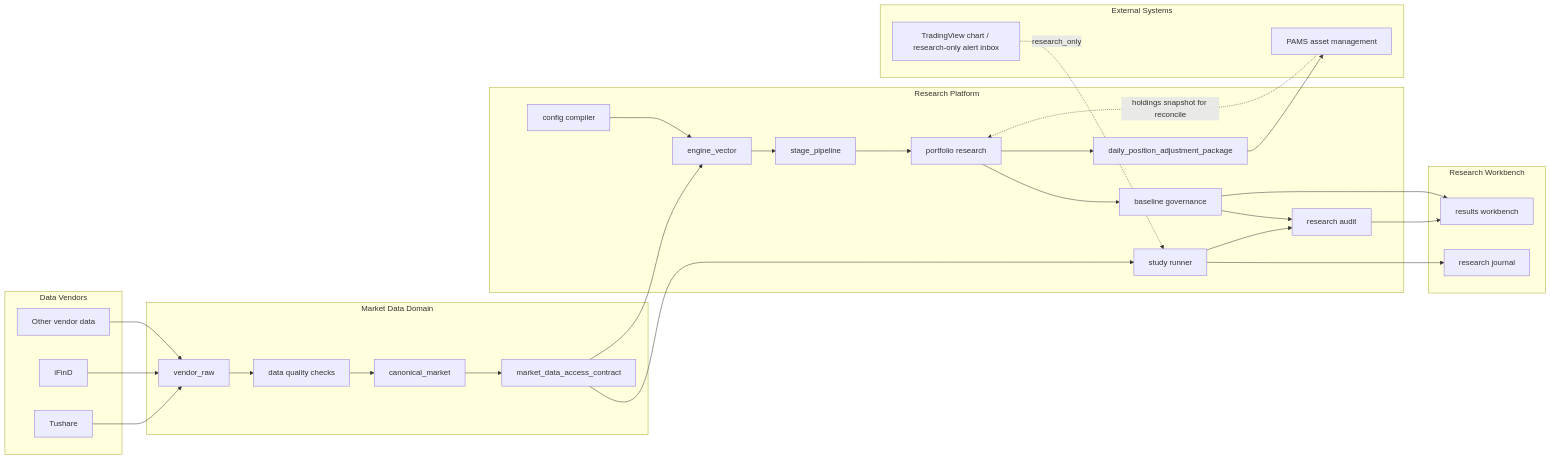
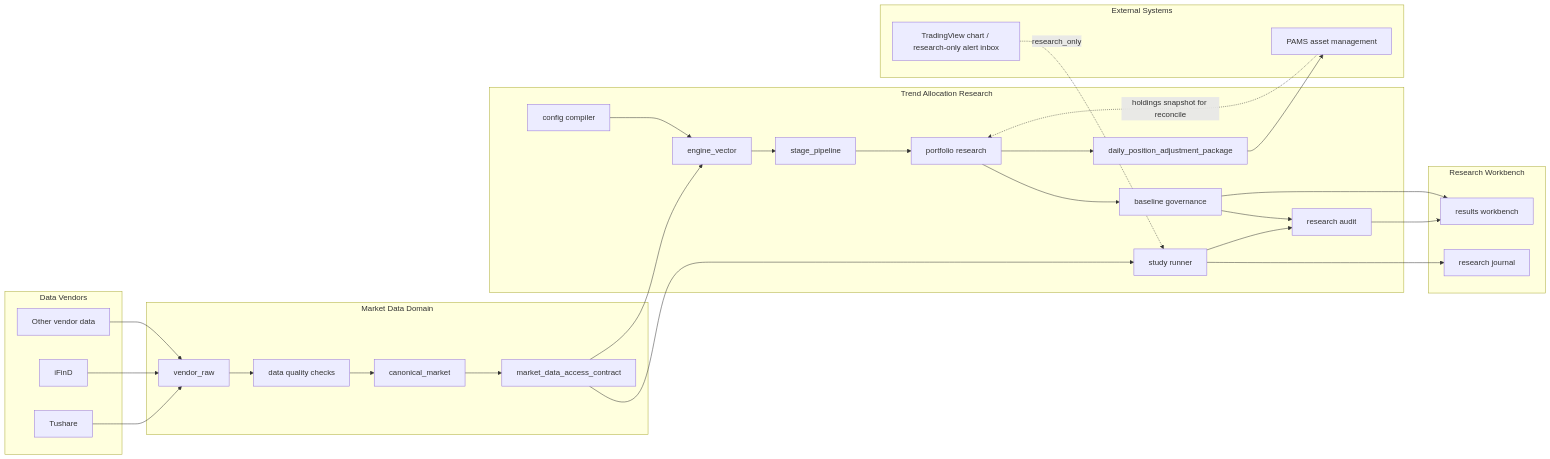
Before and after one commit to hzfzzzi-ui/backtest-v2-standalone: the diagram in docs/product_launch/ARCHITECTURE.md, drawn with Mermaid. The commit also changed other lines of this file and 27 other files, not shown here.

````diff
--- a/docs/product_launch/ARCHITECTURE.md
+++ b/docs/product_launch/ARCHITECTURE.md
@@ -16,58 +18,58 @@
 ```mermaid
 flowchart LR
   subgraph Vendor["Data Vendors"]
     Tushare["Tushare"]
     IFIND["iFinD"]
     Other["Other vendor data"]
   end
 
   subgraph Data["Market Data Domain"]
     Raw["vendor_raw"]
     Quality["data quality checks"]
     Canonical["canonical_market"]
     Access["market_data_access_contract"]
   end
 
-  subgraph Research["Research Platform"]
+  subgraph Research["Trend Allocation Research"]
     Config["config compiler"]
     Engine["engine_vector"]
     Pipeline["stage_pipeline"]
     Portfolio["portfolio research"]
     Study["study runner"]
     Baseline["baseline governance"]
     Audit["research audit"]
     Package["daily_position_adjustment_package"]
   end
 
   subgraph UI["Research Workbench"]
     Workbench["results workbench"]
     Journal["research journal"]
   end
 
   subgraph External["External Systems"]
     PAMS["PAMS asset management"]
     TV["TradingView chart / research-only alert inbox"]
   end
 
   Tushare --> Raw
   IFIND --> Raw
   Other --> Raw
   Raw --> Quality
   Quality --> Canonical
   Canonical --> Access
   Access --> Engine
   Access --> Study
   Config --> Engine
   Engine --> Pipeline
   Pipeline --> Portfolio
   Portfolio --> Baseline
   Study --> Audit
   Baseline --> Audit
   Portfolio --> Package
   Audit --> Workbench
   Baseline --> Workbench
   Study --> Journal
   Package --> PAMS
   TV -.research_only.-> Study
   PAMS -.holdings snapshot for reconcile.-> Portfolio
 ```
````
